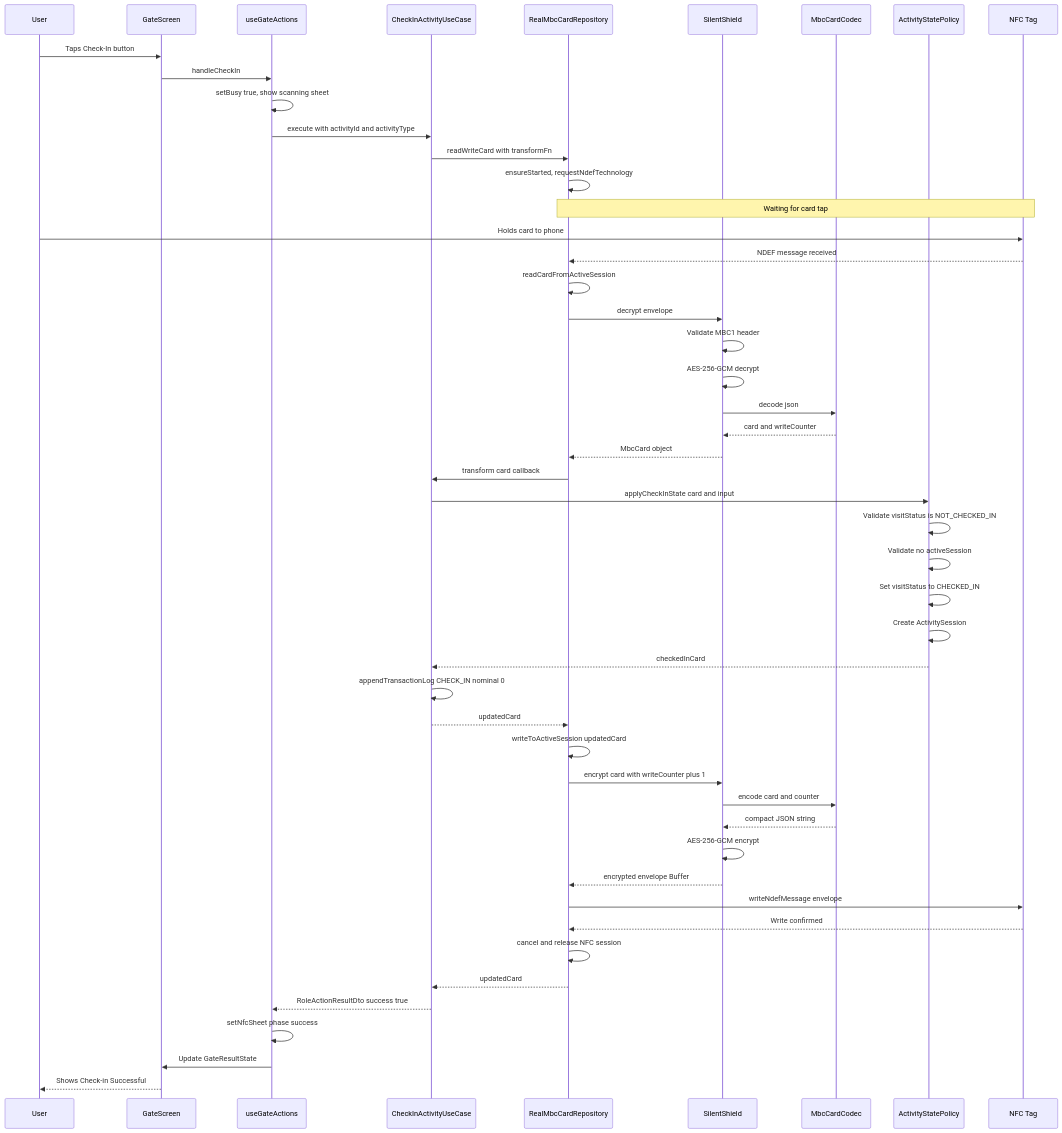
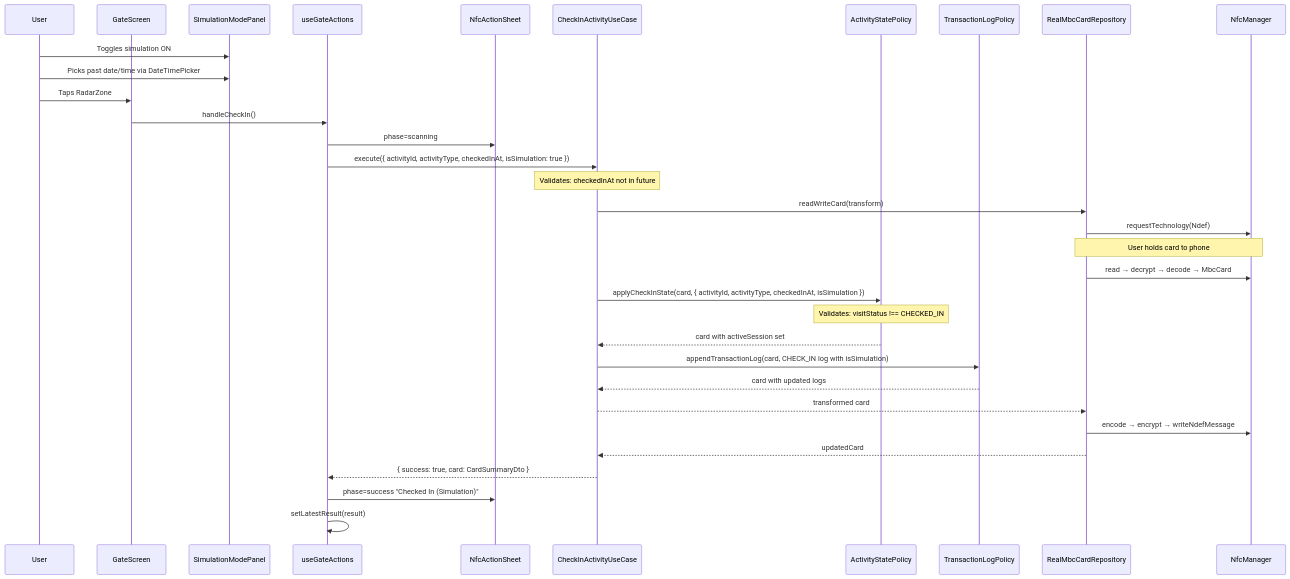
The first of 2 diagrams in docs/explainer/GATE_CHECKIN_FLOW.md (Schitzos/mbc-nfc), drawn with Mermaid before and after one commit. The commit also changed other lines of this file and 12 other files, not shown here.

````diff
--- a/docs/explainer/GATE_CHECKIN_FLOW.md
+++ b/docs/explainer/GATE_CHECKIN_FLOW.md
@@ -436,57 +40,43 @@
 ```mermaid
 sequenceDiagram
-    participant U as User
+    participant User
     participant UI as GateScreen
-    participant H as useGateActions
+    participant Sim as SimulationModePanel
+    participant Hook as useGateActions
+    participant Sheet as NfcActionSheet
     participant UC as CheckInActivityUseCase
-    participant R as RealMbcCardRepository
-    participant SS as SilentShield
-    participant C as MbcCardCodec
-    participant D as ActivityStatePolicy
-    participant NFC as NFC Tag
+    participant Policy as ActivityStatePolicy
+    participant LogPolicy as TransactionLogPolicy
+    participant Repo as RealMbcCardRepository
+    participant NFC as NfcManager
 
-    U->>UI: Taps Check-In button
-    UI->>H: handleCheckIn
-    H->>H: setBusy true, show scanning sheet
-    H->>UC: execute with activityId and activityType
-    UC->>R: readWriteCard with transformFn
-    R->>R: ensureStarted, requestNdefTechnology
+    User->>Sim: Toggles simulation ON
+    User->>Sim: Picks past date/time via DateTimePicker
+    User->>UI: Taps RadarZone
+    UI->>Hook: handleCheckIn()
+    Hook->>Sheet: phase=scanning
 
-    Note over R,NFC: Waiting for card tap
+    Hook->>UC: execute({ activityId, activityType, checkedInAt, isSimulation: true })
 
-    U->>NFC: Holds card to phone
-    NFC-->>R: NDEF message received
-    R->>R: readCardFromActiveSession
-    R->>SS: decrypt envelope
-    SS->>SS: Validate MBC1 header
-    SS->>SS: AES-256-GCM decrypt
-    SS->>C: decode json
-    C-->>SS: card and writeCounter
-    SS-->>R: MbcCard object
+    Note over UC: Validates: checkedInAt not in future
 
-    R->>UC: transform card callback
-    UC->>D: applyCheckInState card and input
-    D->>D: Validate visitStatus is NOT_CHECKED_IN
-    D->>D: Validate no activeSession
-    D->>D: Set visitStatus to CHECKED_IN
-    D->>D: Create ActivitySession
-    D-->>UC: checkedInCard
-    UC->>UC: appendTransactionLog CHECK_IN nominal 0
-    UC-->>R: updatedCard
+    UC->>Repo: readWriteCard(transform)
+    Repo->>NFC: requestTechnology(Ndef)
+    Note over Repo,NFC: User holds card to phone
+    Repo->>NFC: read → decrypt → decode → MbcCard
 
-    R->>R: writeToActiveSession updatedCard
-    R->>SS: encrypt card with writeCounter plus 1
-    SS->>C: encode card and counter
-    C-->>SS: compact JSON string
-    SS->>SS: AES-256-GCM encrypt
-    SS-->>R: encrypted envelope Buffer
-    R->>NFC: writeNdefMessage envelope
-    NFC-->>R: Write confirmed
-    R->>R: cancel and release NFC session
-    R-->>UC: updatedCard
+    UC->>Policy: applyCheckInState(card, { activityId, activityType, checkedInAt, isSimulation })
+    Note over Policy: Validates: visitStatus !== CHECKED_IN
+    Policy-->>UC: card with activeSession set
 
-    UC-->>H: RoleActionResultDto success true
-    H->>H: setNfcSheet phase success
-    H->>UI: Update GateResultState
-    UI-->>U: Shows Check-in Successful
+    UC->>LogPolicy: appendTransactionLog(card, CHECK_IN log with isSimulation)
+    LogPolicy-->>UC: card with updated logs
+
+    UC-->>Repo: transformed card
+    Repo->>NFC: encode → encrypt → writeNdefMessage
+    Repo-->>UC: updatedCard
+
+    UC-->>Hook: { success: true, card: CardSummaryDto }
+    Hook->>Sheet: phase=success "Checked In (Simulation)"
+    Hook->>Hook: setLatestResult(result)
 ```
````
